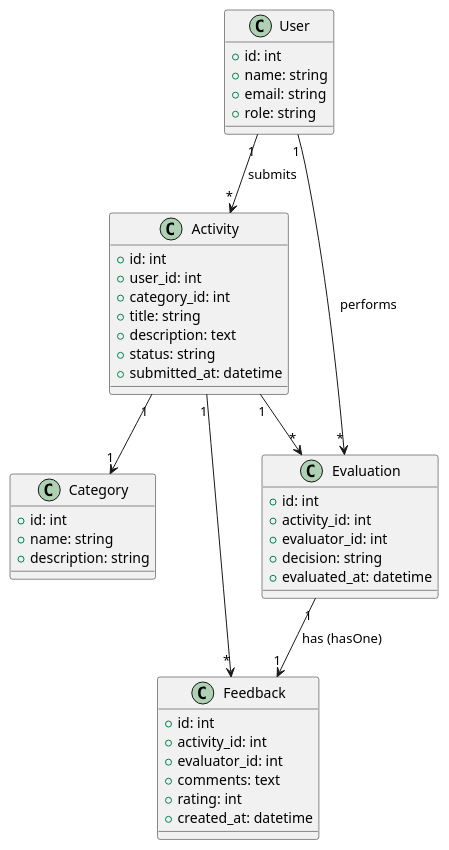
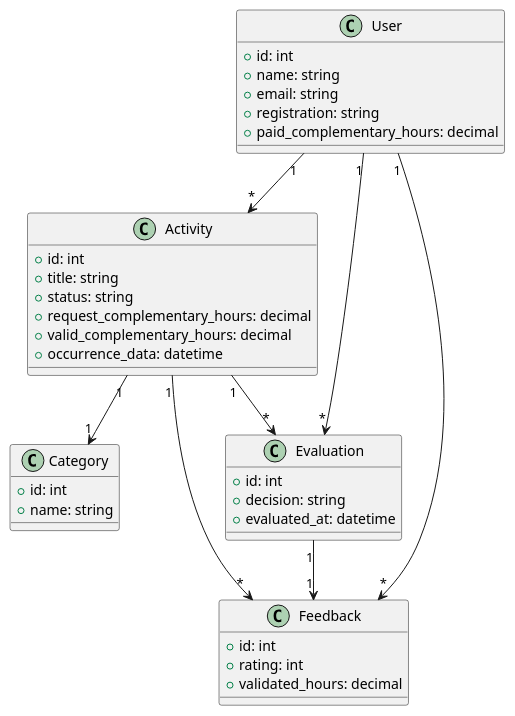
One commit to davigledson/app_GAC changed the diagram in uml.puml. Above: the diagram before and after it, drawn with PlantUML. The commit also changed 5 other files, not shown here.

```diff
--- a/uml.puml
+++ b/uml.puml
@@ -1,50 +1,45 @@
 @startuml
 
 class User {
     +id: int
     +name: string
     +email: string
-    +role: string
+    +registration: string
+    +paid_complementary_hours: decimal
 }
 
 class Activity {
     +id: int
-    +user_id: int
-    +category_id: int
     +title: string
-    +description: text
     +status: string
-    +submitted_at: datetime
+    +request_complementary_hours: decimal
+    +valid_complementary_hours: decimal
+    +occurrence_data: datetime
 }
 
 class Category {
     +id: int
     +name: string
-    +description: string
 }
 
 class Evaluation {
     +id: int
-    +activity_id: int
-    +evaluator_id: int
     +decision: string
     +evaluated_at: datetime
 }
 
 class Feedback {
     +id: int
-    +activity_id: int
-    +evaluator_id: int
-    +comments: text
     +rating: int
-    +created_at: datetime
+    +validated_hours: decimal
 }
 
-User "1" --> "*" Activity : submits
-User "1" --> "*" Evaluation : performs
+User "1" --> "*" Activity
+User "1" --> "*" Evaluation
 Activity "1" --> "1" Category
 Activity "1" --> "*" Evaluation
 Activity "1" --> "*" Feedback
-Evaluation "1" --> "1" Feedback : has (hasOne)
+Evaluation "1" --> "1" Feedback
+User "1" --> "*" Feedback
 
 @enduml
```
